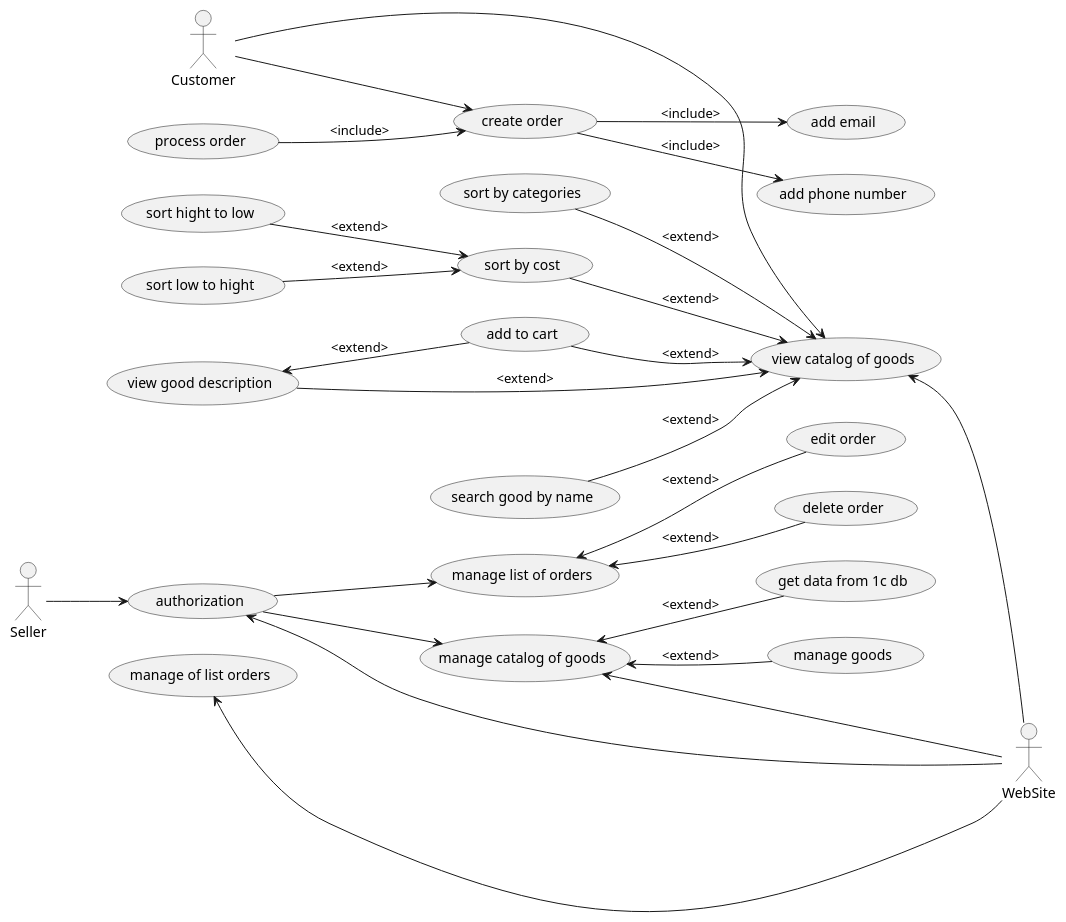
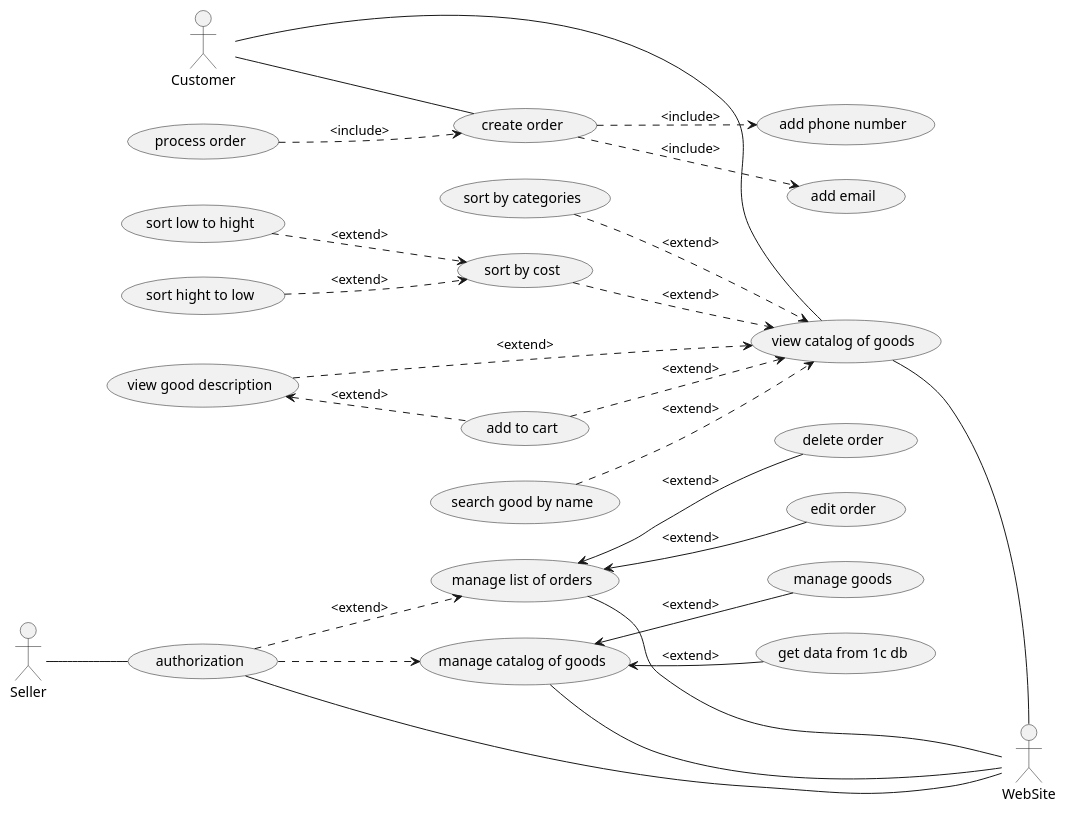
Before and after one commit to zadroshu/diagrams: the diagram in use_case_diagramm.puml, drawn with PlantUML.

Commit message:
Changed relations lines in use_case_diagramm

```diff
--- a/use_case_diagramm.puml
+++ b/use_case_diagramm.puml
@@ -1,37 +1,37 @@
 @startuml
 actor Customer
 actor Seller
 actor WebSite
 
 together {
     left to right direction
 
-    Customer --> (view catalog of goods)
-    (sort by cost) --> (view catalog of goods): <extend>
-      (sort low to hight) --> (sort by cost): <extend>
-      (sort hight to low) --> (sort by cost): <extend>
-    (search good by name) --> (view catalog of goods): <extend>
-    (sort by categories) --> (view catalog of goods): <extend>
-    (add to cart) --> (view catalog of goods): <extend>
-    (view good description) --> (view catalog of goods): <extend>
-    (view good description) <-- (add to cart): <extend>
-    (process order) --> (create order): <include>
+    Customer -- (view catalog of goods)
+    (sort by cost) ..> (view catalog of goods): <extend>
+      (sort low to hight) ..> (sort by cost): <extend>
+      (sort hight to low) ..> (sort by cost): <extend>
+    (search good by name) ..> (view catalog of goods): <extend>
+    (sort by categories) ..> (view catalog of goods): <extend>
+    (add to cart) ..> (view catalog of goods): <extend>
+    (view good description) ..> (view catalog of goods): <extend>
+    (view good description) <.. (add to cart): <extend>
+    (process order) ..> (create order): <include>
 
-    (view catalog of goods) <-- WebSite
-    (manage of list orders) <-- WebSite
-    (authorization) <-- WebSite
-    (manage catalog of goods) <-- WebSite
+    (view catalog of goods) -- WebSite
+    (manage list of orders) -- WebSite
+    (authorization) -- WebSite
+    (manage catalog of goods) -- WebSite
 
-    Customer --> (create order)
-      (create order) --> (add phone number): <include>
-      (create order) --> (add email): <include>
+    Customer -- (create order)
+      (create order) ..> (add phone number): <include>
+      (create order) ..> (add email): <include>
 
-    Seller --> (authorization)
-    (authorization) --> (manage list of orders)
+    Seller -- (authorization)
+    (authorization) ..> (manage list of orders): <extend>
       (manage list of orders) <-- (delete order): <extend>
       (manage list of orders) <-- (edit order): <extend>
-    (authorization)--> (manage catalog of goods)
+    (authorization) ..> (manage catalog of goods)
       (manage catalog of goods) <-- (manage goods): <extend>
       (manage catalog of goods) <-- (get data from 1c db): <extend>
 }
 @enduml
```
